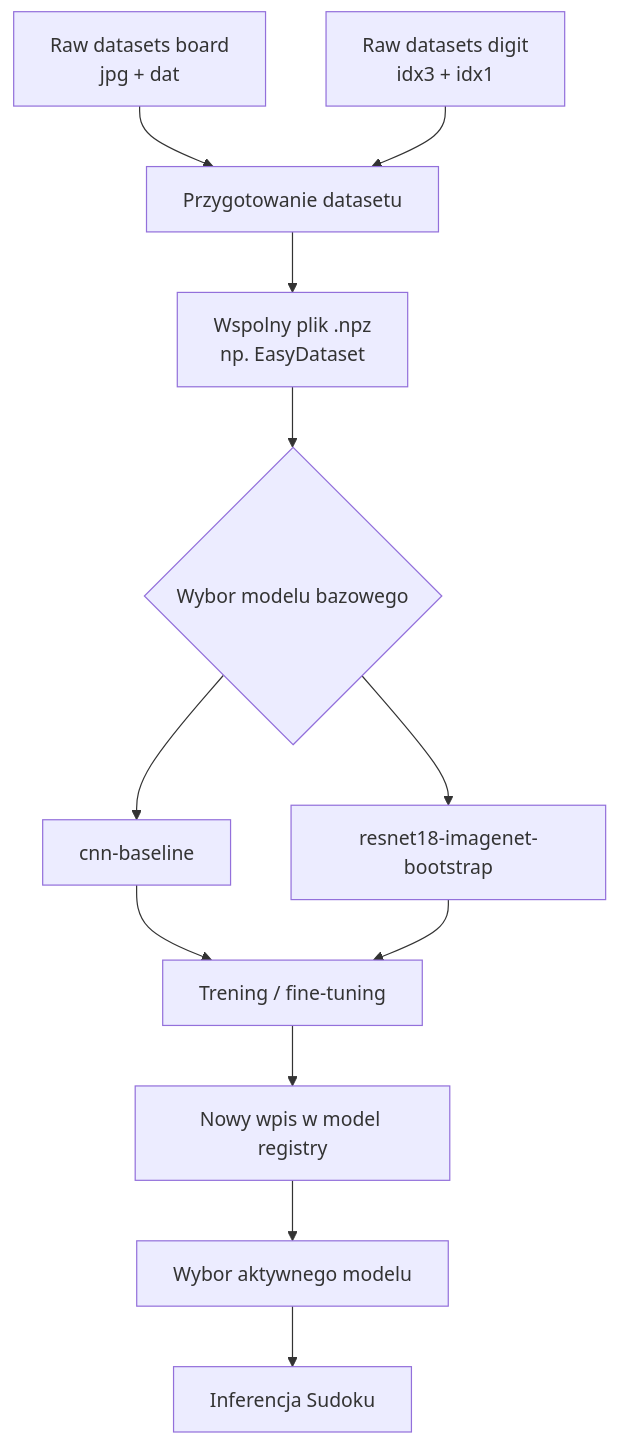
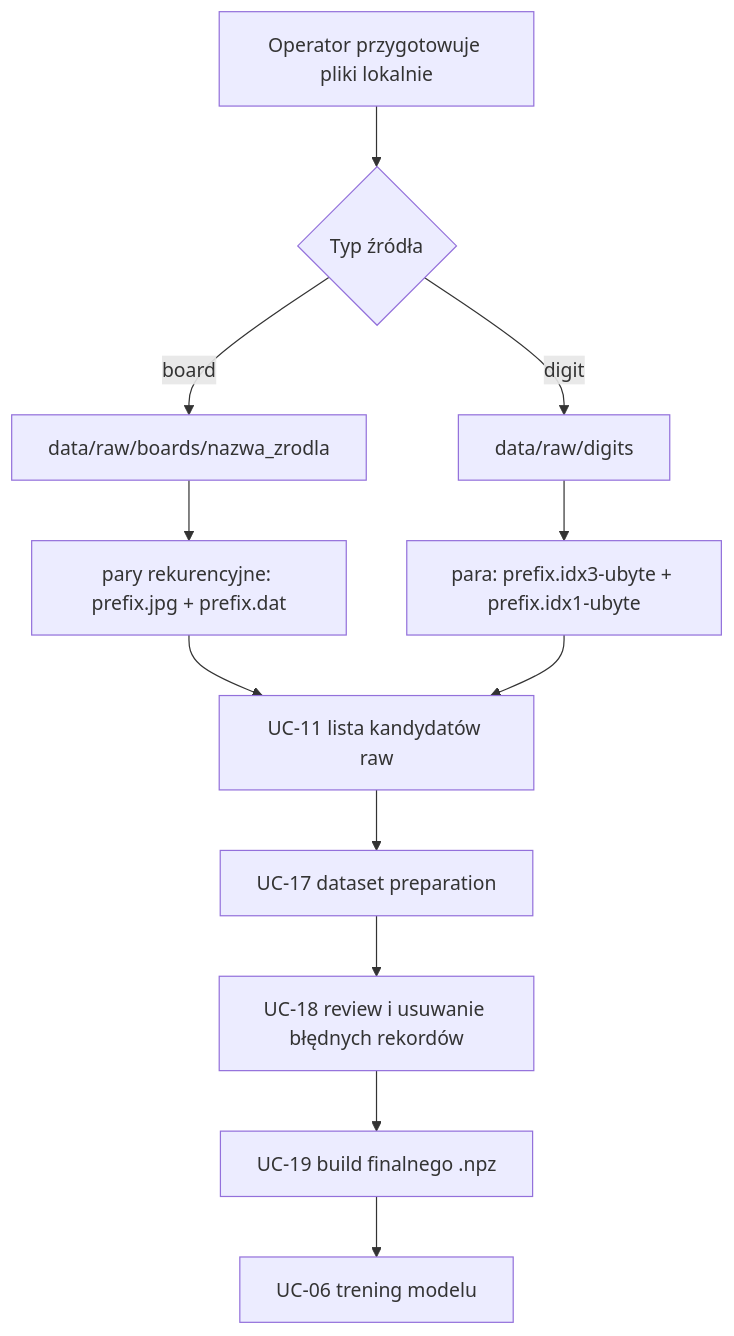
One commit to ML-Experts/sudoku changed the fourth of 11 diagrams in README.md. Above: the diagram before and after it, drawn with Mermaid. The commit also changed other lines of this file and 13 other files, not shown here.

````diff
--- a/README.md
+++ b/README.md
@@ -544,14 +205,14 @@
 ```mermaid
 flowchart TD
-    A[Raw datasets board<br/>jpg + dat] --> C[Przygotowanie datasetu]
-    B[Raw datasets digit<br/>idx3 + idx1] --> C
-    C --> D[Wspolny plik .npz<br/>np. EasyDataset]
-    D --> E{Wybor modelu bazowego}
-    E --> F[cnn-baseline]
-    E --> G[resnet18-imagenet-bootstrap]
-    F --> H[Trening / fine-tuning]
-    G --> H
-    H --> I[Nowy wpis w model registry]
-    I --> J[Wybor aktywnego modelu]
-    J --> K[Inferencja Sudoku]
+    A[Operator przygotowuje pliki lokalnie] --> B{Typ źródła}
+    B -->|board| C[data/raw/boards/nazwa_zrodla]
+    B -->|digit| D[data/raw/digits]
+    C --> E[pary rekurencyjne: prefix.jpg + prefix.dat]
+    D --> F[para: prefix.idx3-ubyte + prefix.idx1-ubyte]
+    E --> G[UC-11 lista kandydatów raw]
+    F --> G
+    G --> H[UC-17 dataset preparation]
+    H --> I[UC-18 review i usuwanie błędnych rekordów]
+    I --> J[UC-19 build finalnego .npz]
+    J --> K[UC-06 trening modelu]
 ```
````
